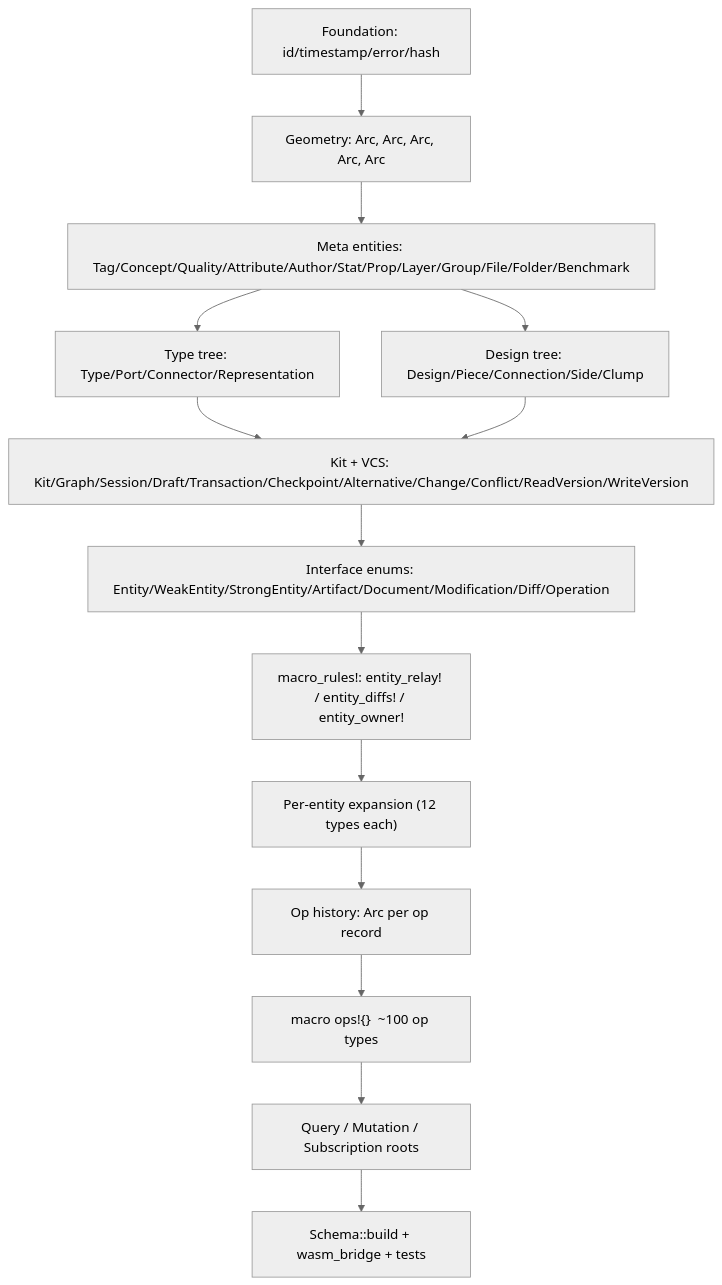
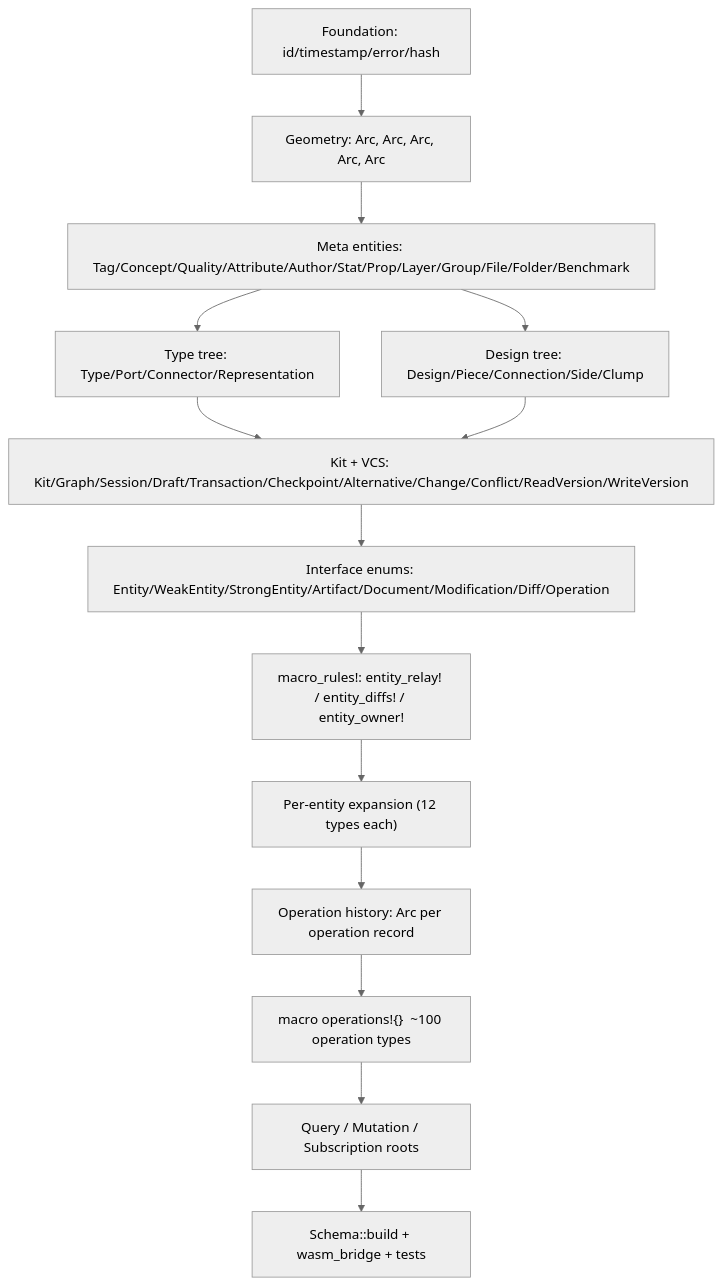
Before and after one commit to usalu/semio: the diagram in .cursor/plans/single-file_static_sdl_05297283.plan.md, drawn with Mermaid (neutral theme). The commit also changed other lines of this file and 513 other files, not shown here.

````diff
--- a/.cursor/plans/single-file_static_sdl_05297283.plan.md
+++ b/.cursor/plans/single-file_static_sdl_05297283.plan.md
@@ -65,16 +65,16 @@
 ```mermaid
 flowchart TD
   Found["Foundation: id/timestamp/error/hash"] --> Geom["Geometry: Arc<Vector>, Arc<Plane>, Arc<Position>, Arc<Place>, Arc<Location>"]
   Geom --> Meta["Meta entities: Tag/Concept/Quality/Attribute/Author/Stat/Prop/Layer/Group/File/Folder/Benchmark"]
   Meta --> Tree["Type tree: Type/Port/Connector/Representation"]
   Meta --> Des["Design tree: Design/Piece/Connection/Side/Clump"]
   Tree --> Kit["Kit + VCS: Kit/Graph/Session/Draft/Transaction/Checkpoint/Alternative/Change/Conflict/ReadVersion/WriteVersion"]
   Des --> Kit
   Kit --> Iface["Interface enums: Entity/WeakEntity/StrongEntity/Artifact/Document/Modification/Diff/Operation"]
   Iface --> Macros["macro_rules!: entity_relay! / entity_diffs! / entity_owner!"]
   Macros --> Per["Per-entity expansion (12 types each)"]
-  Per --> Hist["Op history: Arc<Snapshot> per op record"]
-  Hist --> Ops["macro ops!{}  ~100 op types"]
-  Ops --> Roots["Query / Mutation / Subscription roots"]
+  Per --> Hist["Operation history: Arc<Snapshot> per operation record"]
+  Hist --> Operations["macro operations!{}  ~100 operation types"]
+  Operations --> Roots["Query / Mutation / Subscription roots"]
   Roots --> Build["Schema::build + wasm_bridge + tests"]
 ```
````
